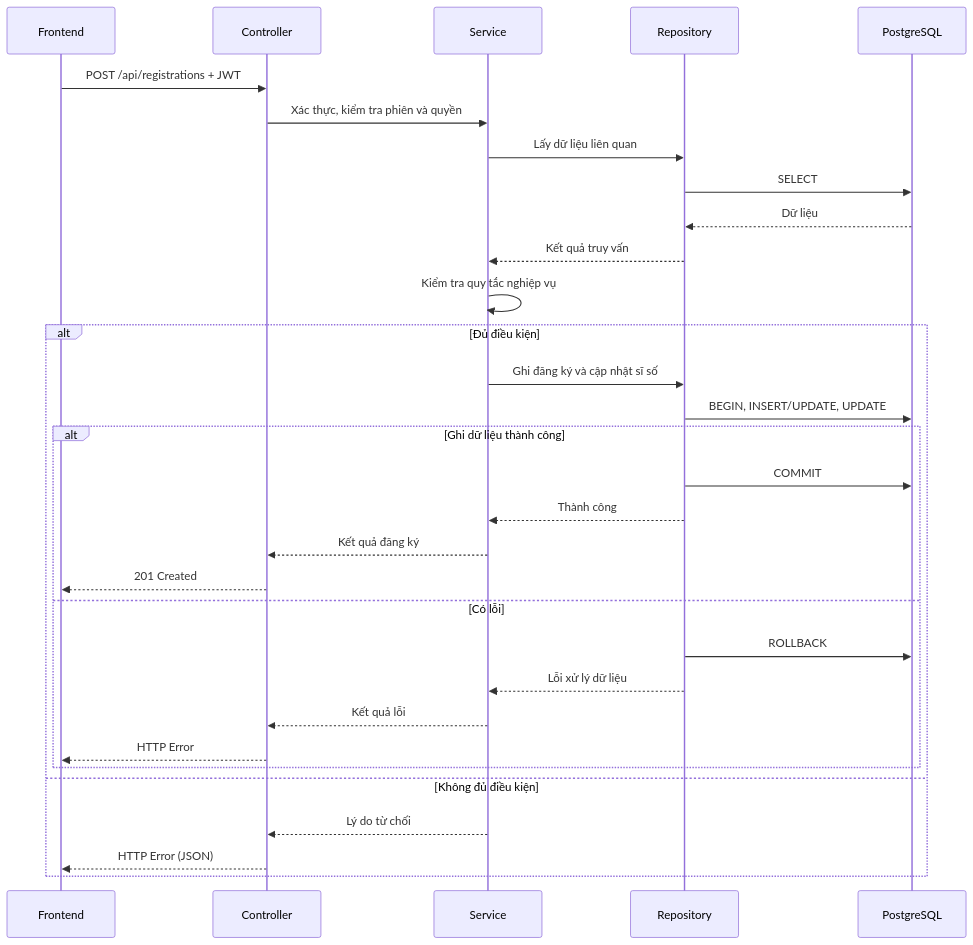
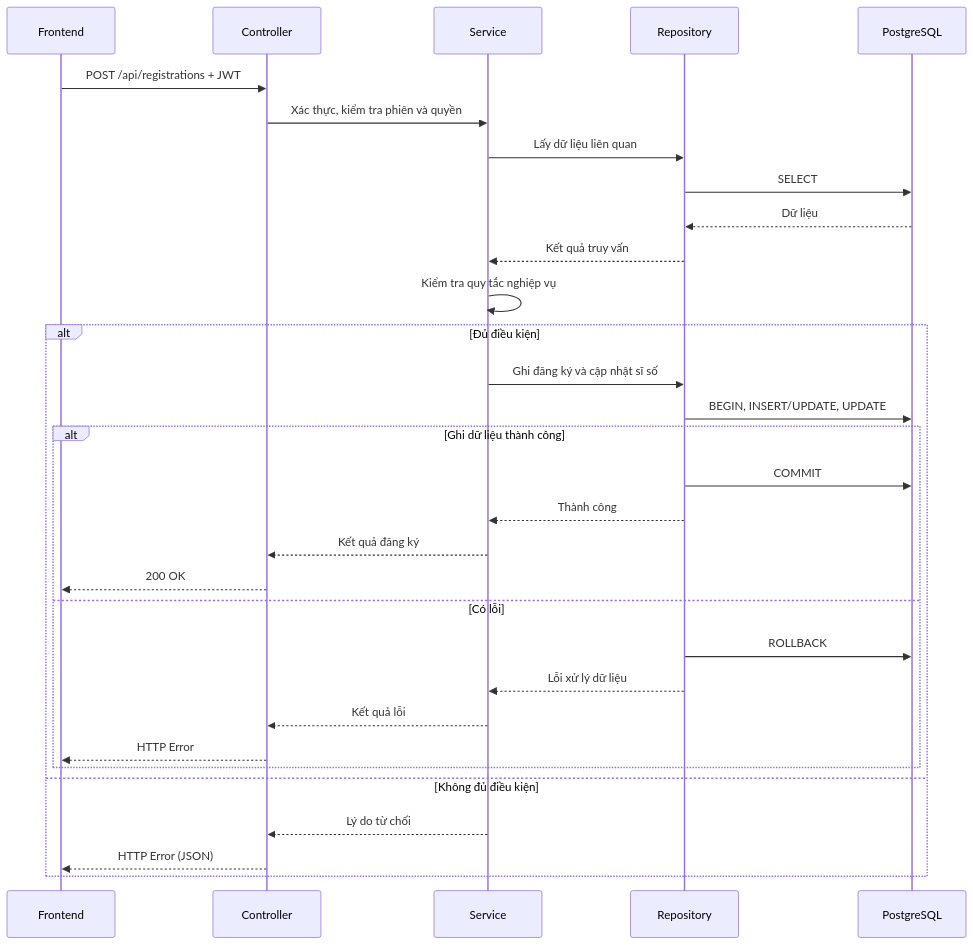
One commit to Akapi895/course-registration changed the second of 2 diagrams in ARCHITECTURE.md. Above: the diagram before and after it, drawn with Mermaid. The commit also changed other lines of this file and 5 other files, not shown here.

````diff
--- a/ARCHITECTURE.md
+++ b/ARCHITECTURE.md
@@ -116,37 +133,37 @@
 ```mermaid
 sequenceDiagram
     participant FE as Frontend
     participant C as Controller
     participant S as Service
     participant R as Repository
     participant DB as PostgreSQL
 
     FE->>C: POST /api/registrations + JWT
     C->>S: Xác thực, kiểm tra phiên và quyền
     S->>R: Lấy dữ liệu liên quan
     R->>DB: SELECT
     DB-->>R: Dữ liệu
     R-->>S: Kết quả truy vấn
 
     S->>S: Kiểm tra quy tắc nghiệp vụ
 
     alt Đủ điều kiện
         S->>R: Ghi đăng ký và cập nhật sĩ số
         R->>DB: BEGIN, INSERT/UPDATE, UPDATE
 
         alt Ghi dữ liệu thành công
             R->>DB: COMMIT
             R-->>S: Thành công
             S-->>C: Kết quả đăng ký
-            C-->>FE: 201 Created
+            C-->>FE: 200 OK
         else Có lỗi
             R->>DB: ROLLBACK
             R-->>S: Lỗi xử lý dữ liệu
             S-->>C: Kết quả lỗi
             C-->>FE: HTTP Error
         end
     else Không đủ điều kiện
         S-->>C: Lý do từ chối
         C-->>FE: HTTP Error (JSON)
     end
 ```
````
